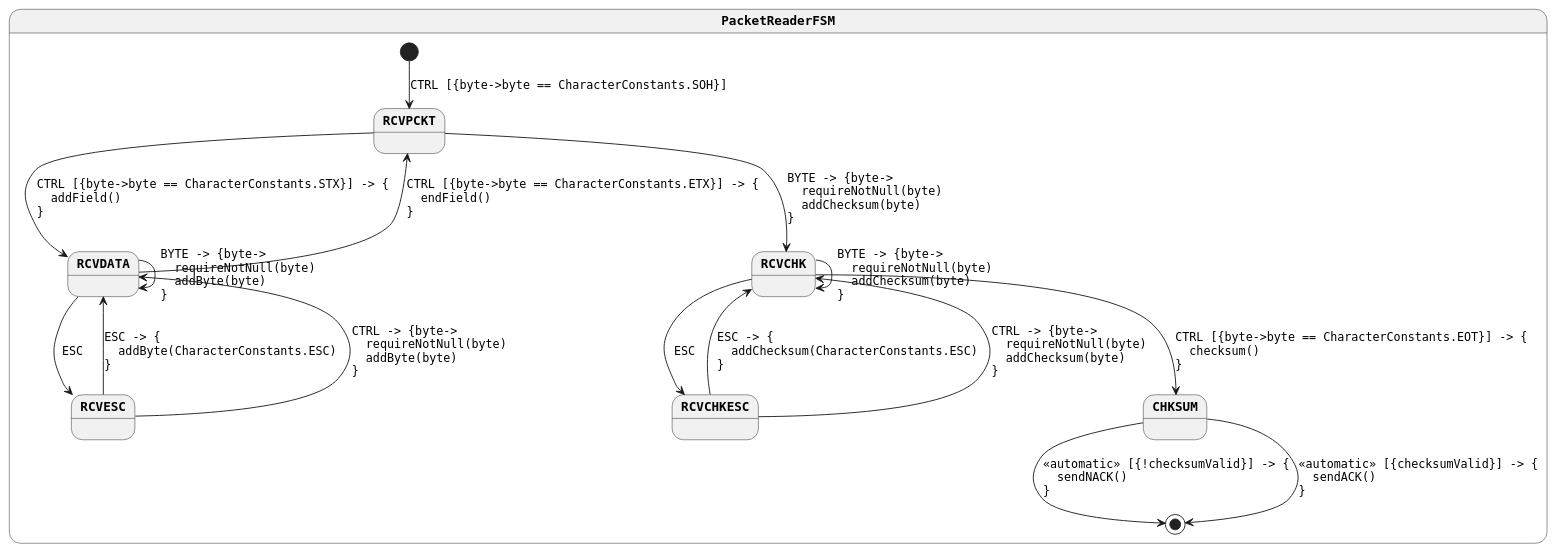
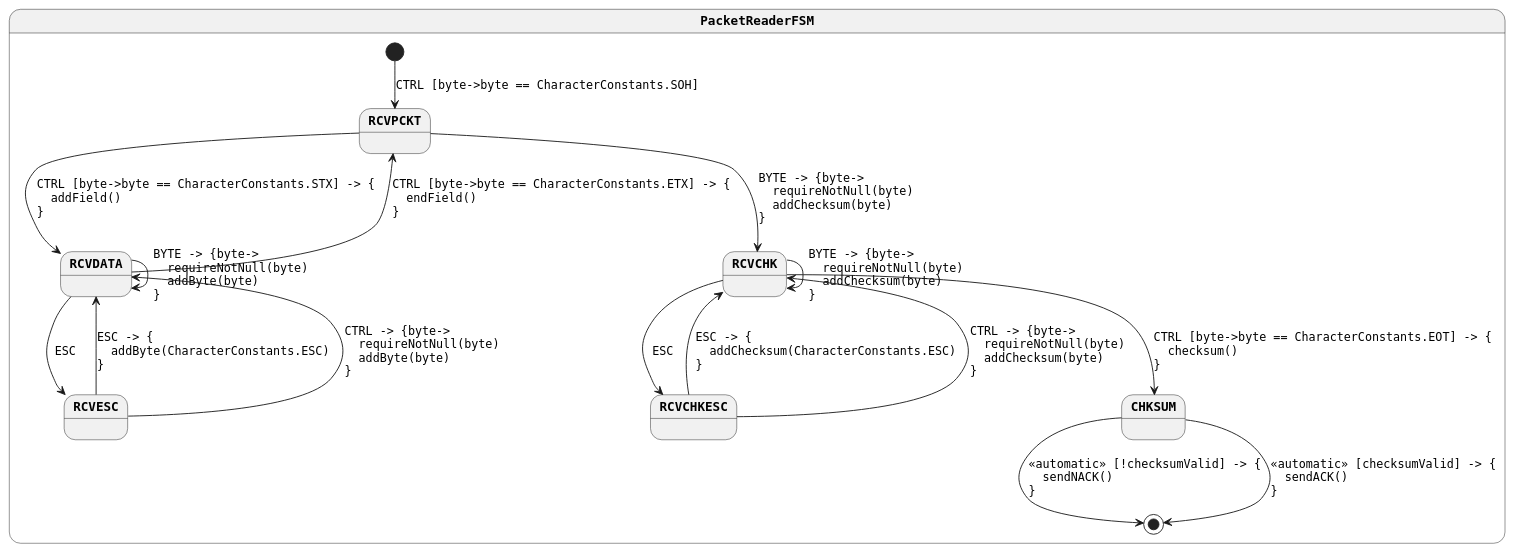
One commit to open-jumpco/kfsm changed the diagram in generated/packet-reader-detail.plantuml. Above: the diagram before and after it, drawn with PlantUML. The commit also changed 9 other files, not shown here.

```diff
--- a/generated/packet-reader-detail.plantuml
+++ b/generated/packet-reader-detail.plantuml
@@ -1,27 +1,26 @@
 @startuml
 skinparam monochrome true
 skinparam StateFontName Helvetica
 skinparam defaultFontName Monospaced
 skinparam defaultFontStyle Bold
 skinparam state {
-    FontColor Black
     FontStyle Bold
 }
 state PacketReaderFSM {
-[*] --> RCVPCKT : CTRL [{byte->byte == CharacterConstants.SOH}]
-RCVPCKT --> RCVDATA : CTRL [{byte->byte == CharacterConstants.STX}] -> {\l  addField()\l}
+[*] --> RCVPCKT : CTRL [byte->byte == CharacterConstants.SOH]
+RCVPCKT --> RCVDATA : CTRL [byte->byte == CharacterConstants.STX] -> {\l  addField()\l}
 RCVPCKT --> RCVCHK : BYTE -> {byte->\l  requireNotNull(byte)\l  addChecksum(byte)\l}
 RCVDATA --> RCVDATA : BYTE -> {byte->\l  requireNotNull(byte)\l  addByte(byte)\l}
-RCVDATA --> RCVPCKT : CTRL [{byte->byte == CharacterConstants.ETX}] -> {\l  endField()\l}
+RCVDATA --> RCVPCKT : CTRL [byte->byte == CharacterConstants.ETX] -> {\l  endField()\l}
 RCVDATA --> RCVESC : ESC
 RCVESC --> RCVDATA : ESC -> {\l  addByte(CharacterConstants.ESC)\l}
 RCVESC --> RCVDATA : CTRL -> {byte->\l  requireNotNull(byte)\l  addByte(byte)\l}
 RCVCHK --> RCVCHK : BYTE -> {byte->\l  requireNotNull(byte)\l  addChecksum(byte)\l}
 RCVCHK --> RCVCHKESC : ESC
-RCVCHK --> CHKSUM : CTRL [{byte->byte == CharacterConstants.EOT}] -> {\l  checksum()\l}
-CHKSUM --> [*] : <<automatic>> [{!checksumValid}] -> {\l  sendNACK()\l}
-CHKSUM --> [*] : <<automatic>> [{checksumValid}] -> {\l  sendACK()\l}
+RCVCHK --> CHKSUM : CTRL [byte->byte == CharacterConstants.EOT] -> {\l  checksum()\l}
+CHKSUM --> [*] : <<automatic>> [!checksumValid] -> {\l  sendNACK()\l}
+CHKSUM --> [*] : <<automatic>> [checksumValid] -> {\l  sendACK()\l}
 RCVCHKESC --> RCVCHK : ESC -> {\l  addChecksum(CharacterConstants.ESC)\l}
 RCVCHKESC --> RCVCHK : CTRL -> {byte->\l  requireNotNull(byte)\l  addChecksum(byte)\l}
 }
 @enduml
```
